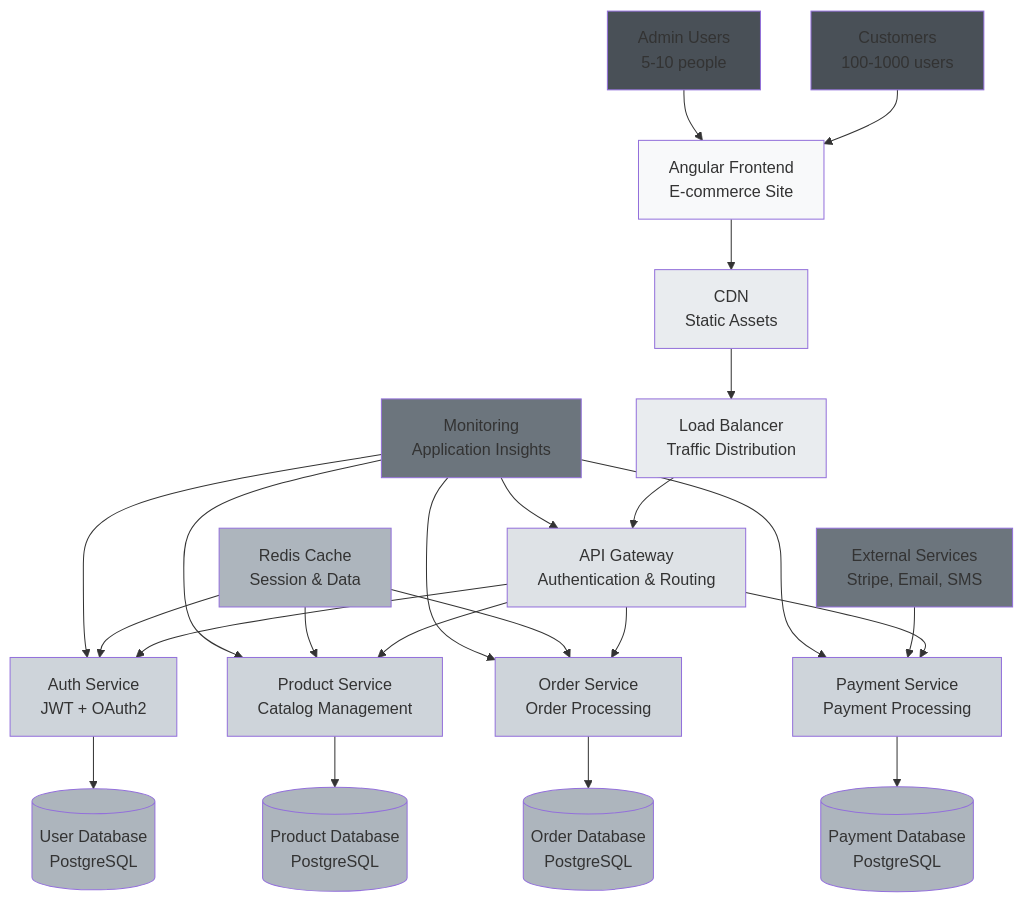
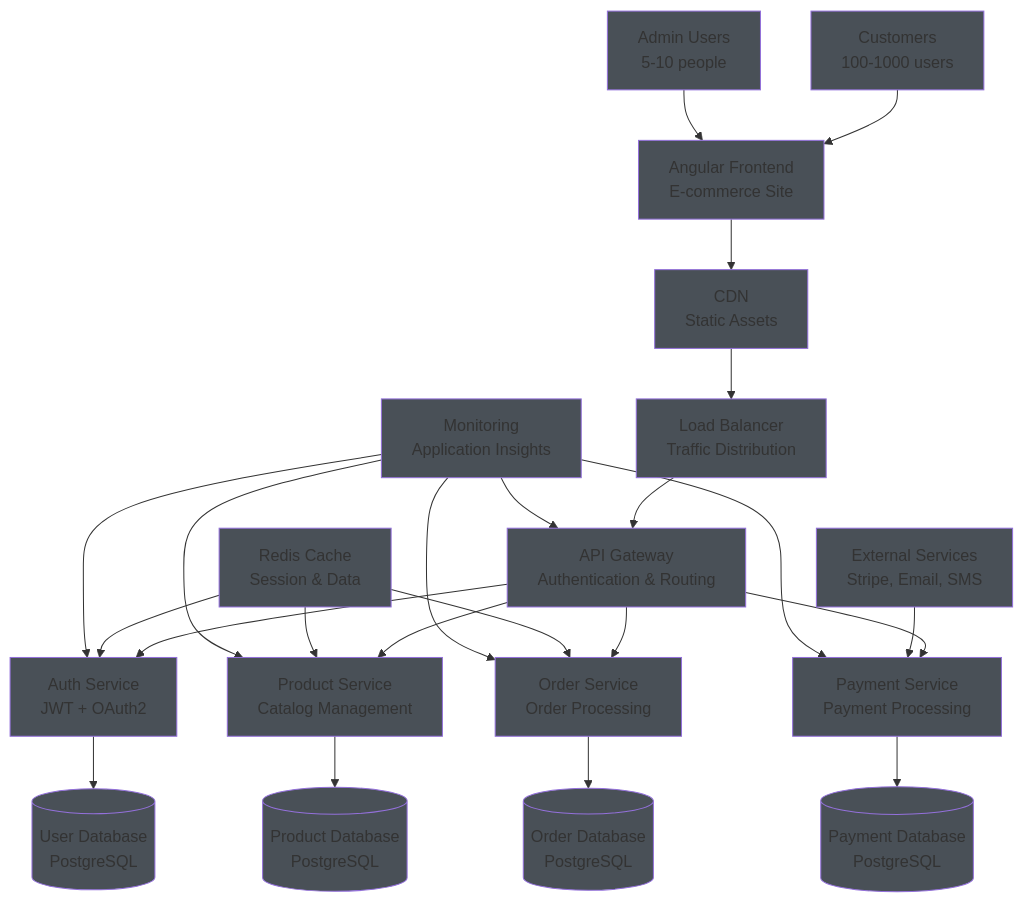
Before and after one commit to nayanvithanage/code_20-architecture-practice: the third of 5 diagrams in architecture-by-size-examples.md, drawn with Mermaid. The commit also changed other lines of this file, not shown here.

Commit message:
refactor: standardize color styles across all architecture-by-size examples for uniformity

````diff
--- a/architecture-by-size-examples.md
+++ b/architecture-by-size-examples.md
@@ -71,49 +71,49 @@
 ```mermaid
 graph TD
     A[Angular Frontend<br/>E-commerce Site] --> B[CDN<br/>Static Assets]
     B --> C[Load Balancer<br/>Traffic Distribution]
     C --> D[API Gateway<br/>Authentication & Routing]
     
     D --> E[Auth Service<br/>JWT + OAuth2]
     D --> F[Product Service<br/>Catalog Management]
     D --> G[Order Service<br/>Order Processing]
     D --> H[Payment Service<br/>Payment Processing]
     
     E --> I[(User Database<br/>PostgreSQL)]
     F --> J[(Product Database<br/>PostgreSQL)]
     G --> K[(Order Database<br/>PostgreSQL)]
     H --> L[(Payment Database<br/>PostgreSQL)]
     
     M[Redis Cache<br/>Session & Data] --> E
     M --> F
     M --> G
     
     N[External Services<br/>Stripe, Email, SMS] --> H
     
     O[Monitoring<br/>Application Insights] --> D
     O --> E
     O --> F
     O --> G
     O --> H
     
     P[Customers<br/>100-1000 users] --> A
     Q[Admin Users<br/>5-10 people] --> A
     
-    style A fill:#f8f9fa
-    style B fill:#e9ecef
-    style C fill:#e9ecef
-    style D fill:#dee2e6
-    style E fill:#ced4da
-    style F fill:#ced4da
-    style G fill:#ced4da
-    style H fill:#ced4da
-    style I fill:#adb5bd
-    style J fill:#adb5bd
-    style K fill:#adb5bd
-    style L fill:#adb5bd
-    style M fill:#adb5bd
-    style N fill:#6c757d
-    style O fill:#6c757d
+    style A fill:#495057
+    style B fill:#495057
+    style C fill:#495057
+    style D fill:#495057
+    style E fill:#495057
+    style F fill:#495057
+    style G fill:#495057
+    style H fill:#495057
+    style I fill:#495057
+    style J fill:#495057
+    style K fill:#495057
+    style L fill:#495057
+    style M fill:#495057
+    style N fill:#495057
+    style O fill:#495057
     style P fill:#495057
     style Q fill:#495057
 ```
````
